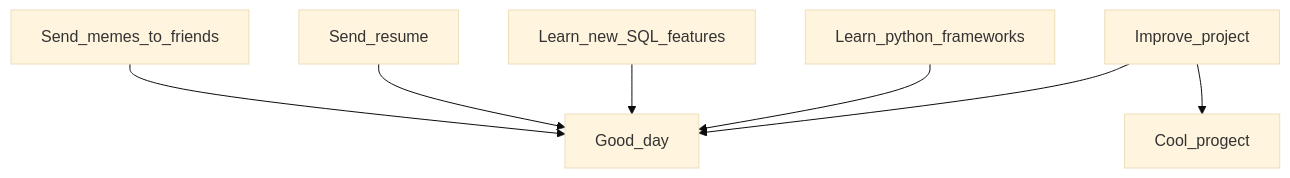
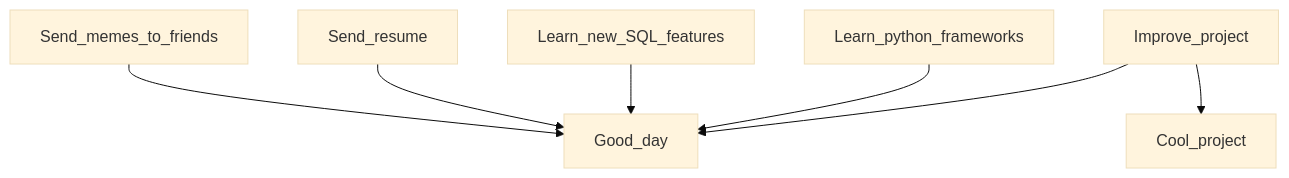
Before and after one commit to Dopelen/Dopelen: the diagram in README.md, drawn with Mermaid (base theme).

````diff
--- a/README.md
+++ b/README.md
@@ -237,9 +237,9 @@
 ```mermaid
 graph TD;
     Improve_project-->Good_day;
-    Improve_project-->Cool_progect;
+    Improve_project-->Cool_project;
     Learn_python_frameworks-->Good_day;
     Learn_new_SQL_features-->Good_day;
     Send_resume-->Good_day;
     Send_memes_to_friends --> Good_day;
 ```
````
